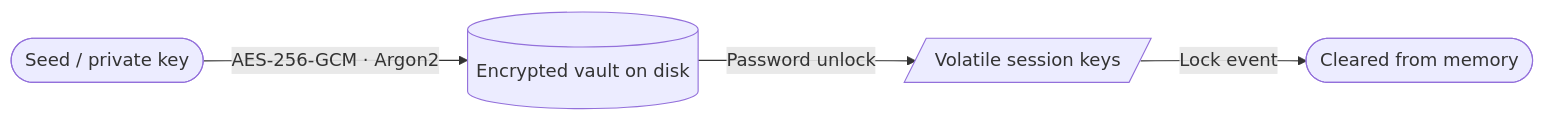
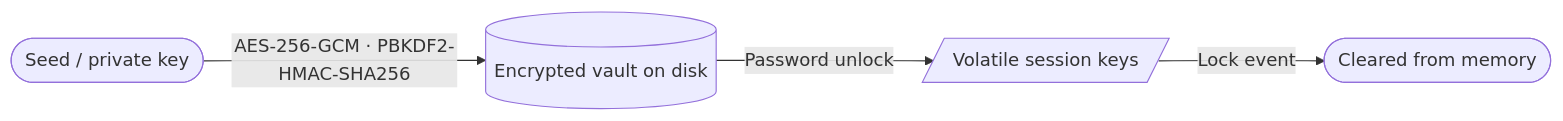
Before and after one commit to glyphq/wallet: the first of 2 diagrams in README.md, drawn with Mermaid. The commit also changed other lines of this file and 24 other files, not shown here.

````diff
--- a/README.md
+++ b/README.md
@@ -66,6 +66,6 @@
 ```mermaid
 flowchart LR
-    seed([Seed / private key]) -->|AES-256-GCM · Argon2| vault[(Encrypted vault on disk)]
+    seed([Seed / private key]) -->|AES-256-GCM · PBKDF2-HMAC-SHA256| vault[(Encrypted vault on disk)]
     vault -->|Password unlock| session[/Volatile session keys/]
     session -->|Lock event| wiped([Cleared from memory])
 ```
````
